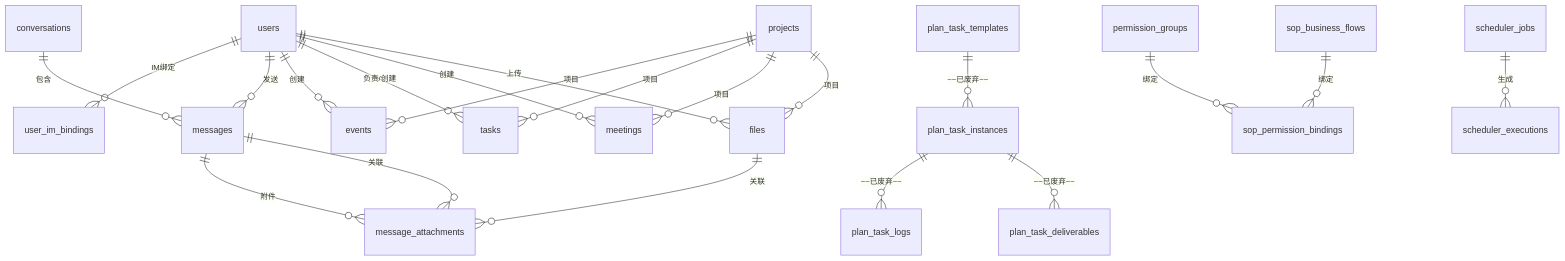
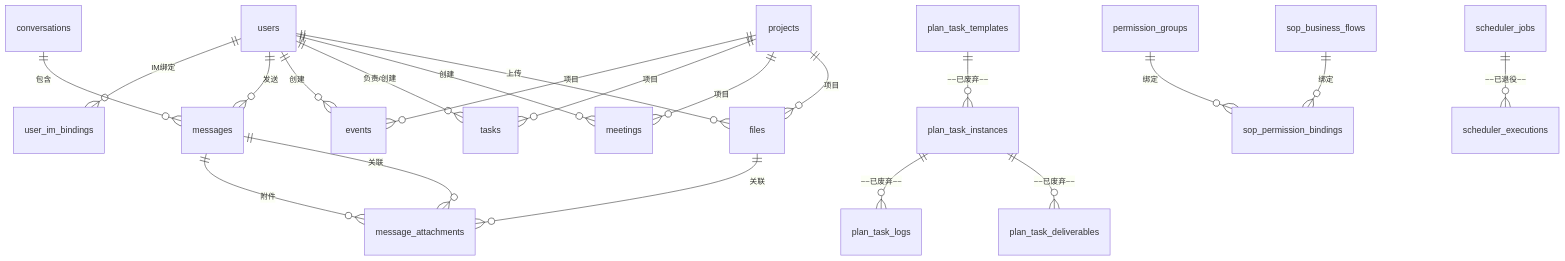
One commit to Ellyshome/Emily changed the diagram in docs/Manual/数据库设计.md. Above: the diagram before and after it, drawn with Mermaid. The commit also changed other lines of this file and 100 other files, not shown here.

````diff
--- a/docs/Manual/数据库设计.md
+++ b/docs/Manual/数据库设计.md
@@ -775,23 +775,23 @@
 ```mermaid
 erDiagram
     users ||--o{ user_im_bindings : "IM绑定"
     users ||--o{ messages : "发送"
     users ||--o{ events : "创建"
     users ||--o{ tasks : "负责/创建"
     users ||--o{ meetings : "创建"
     users ||--o{ files : "上传"
     conversations ||--o{ messages : "包含"
     messages ||--o{ message_attachments : "附件"
     projects ||--o{ events : "项目"
     projects ||--o{ tasks : "项目"
     projects ||--o{ meetings : "项目"
     projects ||--o{ files : "项目"
     messages ||--o{ message_attachments : "关联"
     files ||--o{ message_attachments : "关联"
     plan_task_templates ||--o{ plan_task_instances : "~~已废弃~~"
     plan_task_instances ||--o{ plan_task_logs : "~~已废弃~~"
     plan_task_instances ||--o{ plan_task_deliverables : "~~已废弃~~"
     permission_groups ||--o{ sop_permission_bindings : "绑定"
     sop_business_flows ||--o{ sop_permission_bindings : "绑定"
-    scheduler_jobs ||--o{ scheduler_executions : "生成"
+    scheduler_jobs ||--o{ scheduler_executions : "~~已退役~~"
 ```
````
